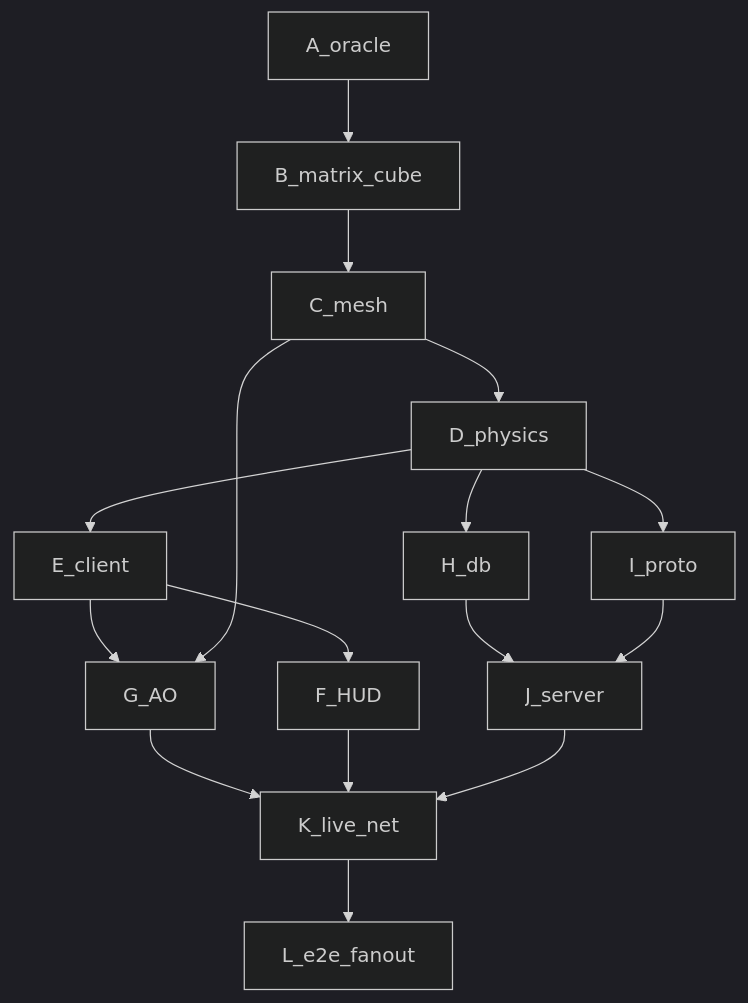
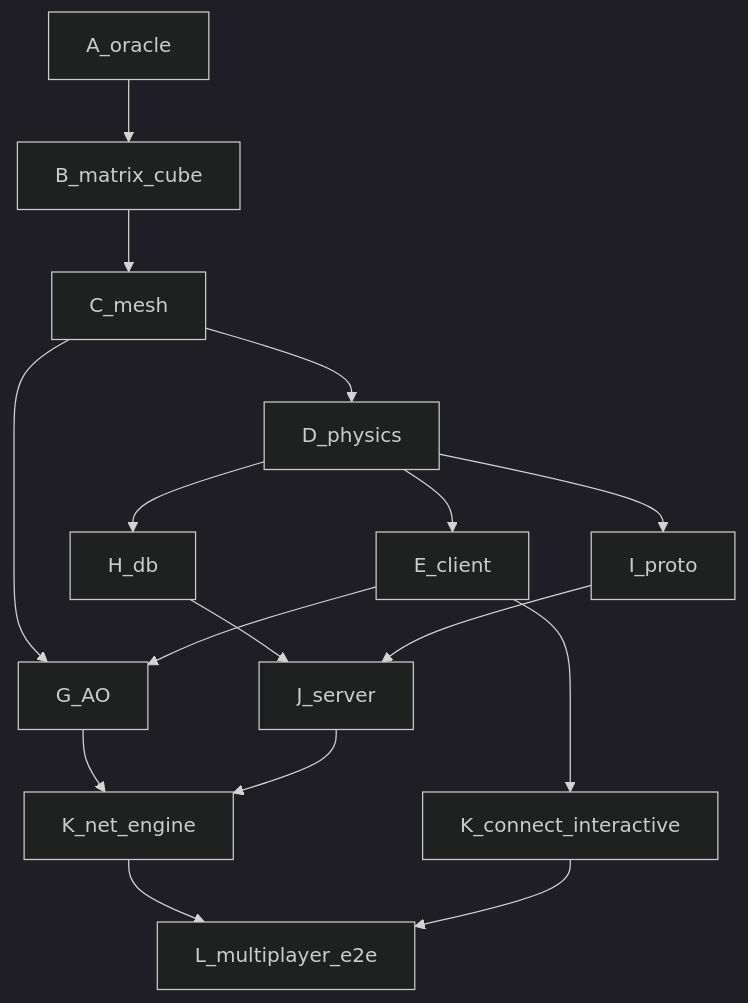
The diagram in rust/COST_TRACE.md (zozo123/Craft), drawn with Mermaid (dark theme) before and after one commit. The commit also changed other lines of this file and 1 other file, not shown here.

````diff
--- a/rust/COST_TRACE.md
+++ b/rust/COST_TRACE.md
@@ -11,18 +11,18 @@
 ```mermaid
 flowchart TD
   A[A_oracle] --> B[B_matrix_cube]
   B --> C[C_mesh]
   C --> D[D_physics]
   D --> E[E_client]
   D --> H[H_db]
   D --> I[I_proto]
   H --> J[J_server]
   I --> J
-  E --> G[G_AO]
-  C --> G
-  E --> F[F_HUD]
-  G --> K[K_live_net]
-  F --> K
-  J --> K
-  K --> L[L_e2e_fanout]
+  C --> G[G_AO]
+  E --> G
+  E --> Kc[K_connect_interactive]
+  G --> Kn[K_net_engine]
+  J --> Kn
+  Kn --> L[L_multiplayer_e2e]
+  Kc --> L
 ```
````
